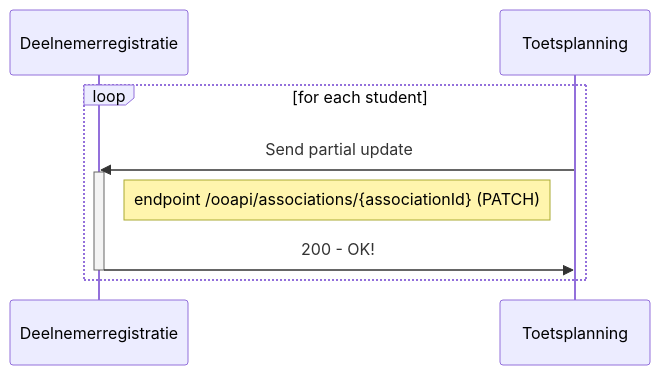
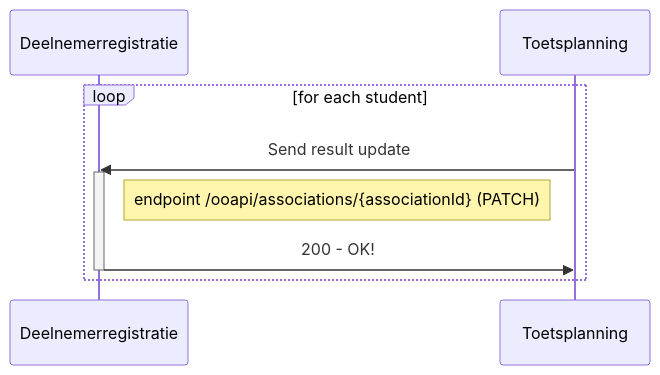
The first of 4 diagrams in doc/flow5.md (NetwerkExamineringDigitalisering/NED-OOAPI), drawn with Mermaid before and after one commit. The commit also changed other lines of this file, not shown here.

First line of the commit message:
Update flow5.md

````diff
--- a/doc/flow5.md
+++ b/doc/flow5.md
@@ -28,12 +18,12 @@
 ```mermaid
 sequenceDiagram
     participant Deelnemerregistratie
     participant Toetsplanning
     loop for each student
-      Toetsplanning->>Deelnemerregistratie: Send partial update 
+      Toetsplanning->>Deelnemerregistratie: Send result update 
       activate Deelnemerregistratie
       Note right of Deelnemerregistratie: endpoint /ooapi/associations/{associationId} (PATCH)
       Deelnemerregistratie->>Toetsplanning: 200 - OK!
       deactivate Deelnemerregistratie
     end
 ```
````
